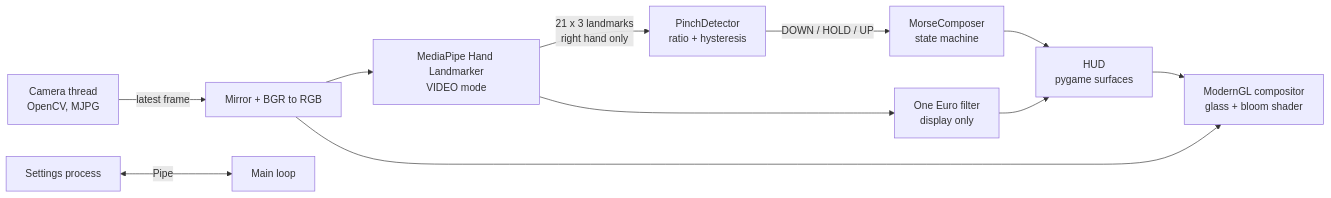
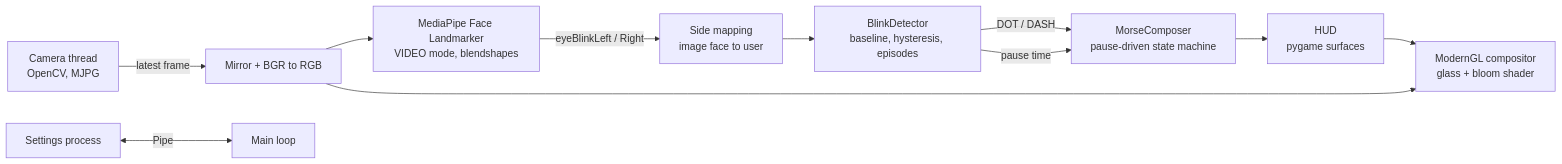
The diagram in README.md (trungsyd2409/AI_computer_vision_morse_coding), drawn with Mermaid before and after one commit. The commit also changed other lines of this file and 20 other files, not shown here.

````diff
--- a/README.md
+++ b/README.md
@@ -155,13 +175,13 @@
 ```mermaid
 flowchart LR
     A[Camera thread<br/>OpenCV, MJPG] -->|latest frame| B[Mirror + BGR to RGB]
-    B --> C[MediaPipe Hand Landmarker<br/>VIDEO mode]
-    C -->|21 x 3 landmarks<br/>right hand only| D[PinchDetector<br/>ratio + hysteresis]
-    C --> E[One Euro filter<br/>display only]
-    D -->|DOWN / HOLD / UP| F[MorseComposer<br/>state machine]
+    B --> C[MediaPipe Face Landmarker<br/>VIDEO mode, blendshapes]
+    C -->|eyeBlinkLeft / Right| M[Side mapping<br/>image face to user]
+    M --> D[BlinkDetector<br/>baseline, hysteresis, episodes]
+    D -->|DOT / DASH| F[MorseComposer<br/>pause-driven state machine]
+    D -->|pause time| F
     F --> G[HUD<br/>pygame surfaces]
-    E --> G
     G --> H[ModernGL compositor<br/>glass + bloom shader]
     B --> H
     I[Settings process] <-->|Pipe| J[Main loop]
 ```
````
